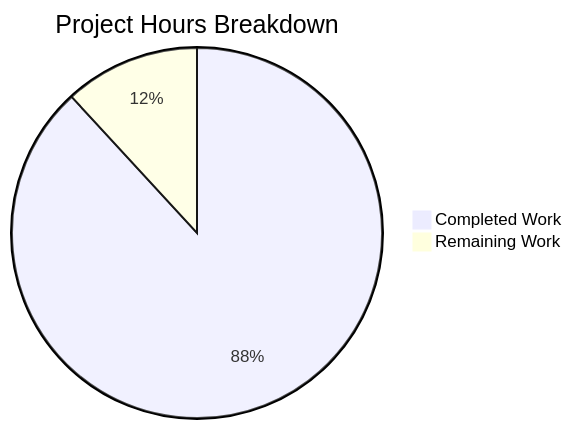
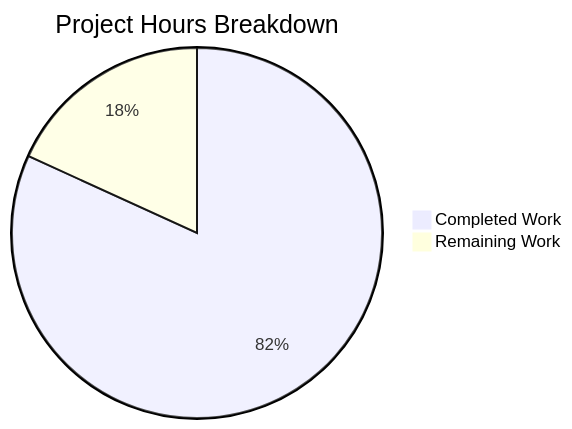
One commit to TestadoBlitzy/Existing-product changed the second of 2 diagrams in blitzy/documentation/Project Guide.md. Above: the diagram before and after it, drawn with Mermaid. The commit also changed other lines of this file, not shown here.

Commit message:
Adding Blitzy Project Guide: Project Status and Human Tasks Remaining

````diff
--- a/blitzy/documentation/Project Guide.md
+++ b/blitzy/documentation/Project Guide.md
@@ -213,5 +196,5 @@
 ```mermaid
 pie title Project Hours Breakdown
-    "Completed Work" : 33.5
-    "Remaining Work" : 4.5
+    "Completed Work" : 18
+    "Remaining Work" : 4
 ```
````
